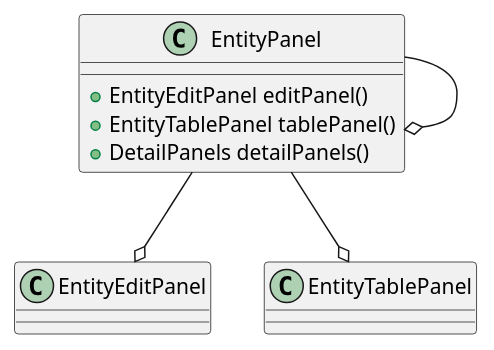
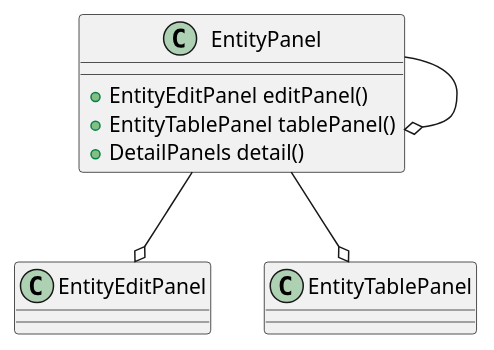
Before and after one commit to codion-is/codion: the diagram in documentation/src/docs/asciidoc/manual/framework-entity-panel.adoc, drawn with PlantUML. The commit also changed 53 other files, not shown here.

Commit message:
EntityModel.detailModels() renamed detail() EntityPanel.detailPanels() renamed detail()

```diff
--- a/documentation/src/docs/asciidoc/manual/framework-entity-panel.adoc
+++ b/documentation/src/docs/asciidoc/manual/framework-entity-panel.adoc
@@ -6,12 +6,12 @@
 [plantuml,entity-panel-diagram,svg,align=center]
 -------------------------------------------
 class EntityPanel {
     +EntityEditPanel editPanel()
     +EntityTablePanel tablePanel()
-    +DetailPanels detailPanels()
+    +DetailPanels detail()
 }
 
 EntityPanel --o EntityEditPanel
 EntityPanel --o EntityTablePanel
 EntityPanel --o EntityPanel
 -------------------------------------------
```
